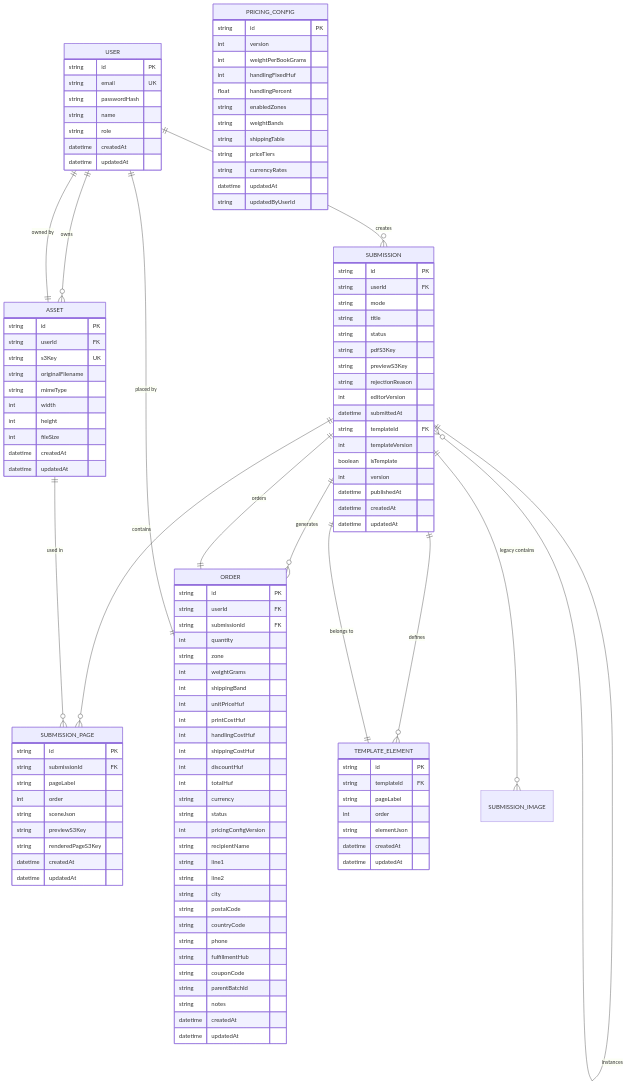
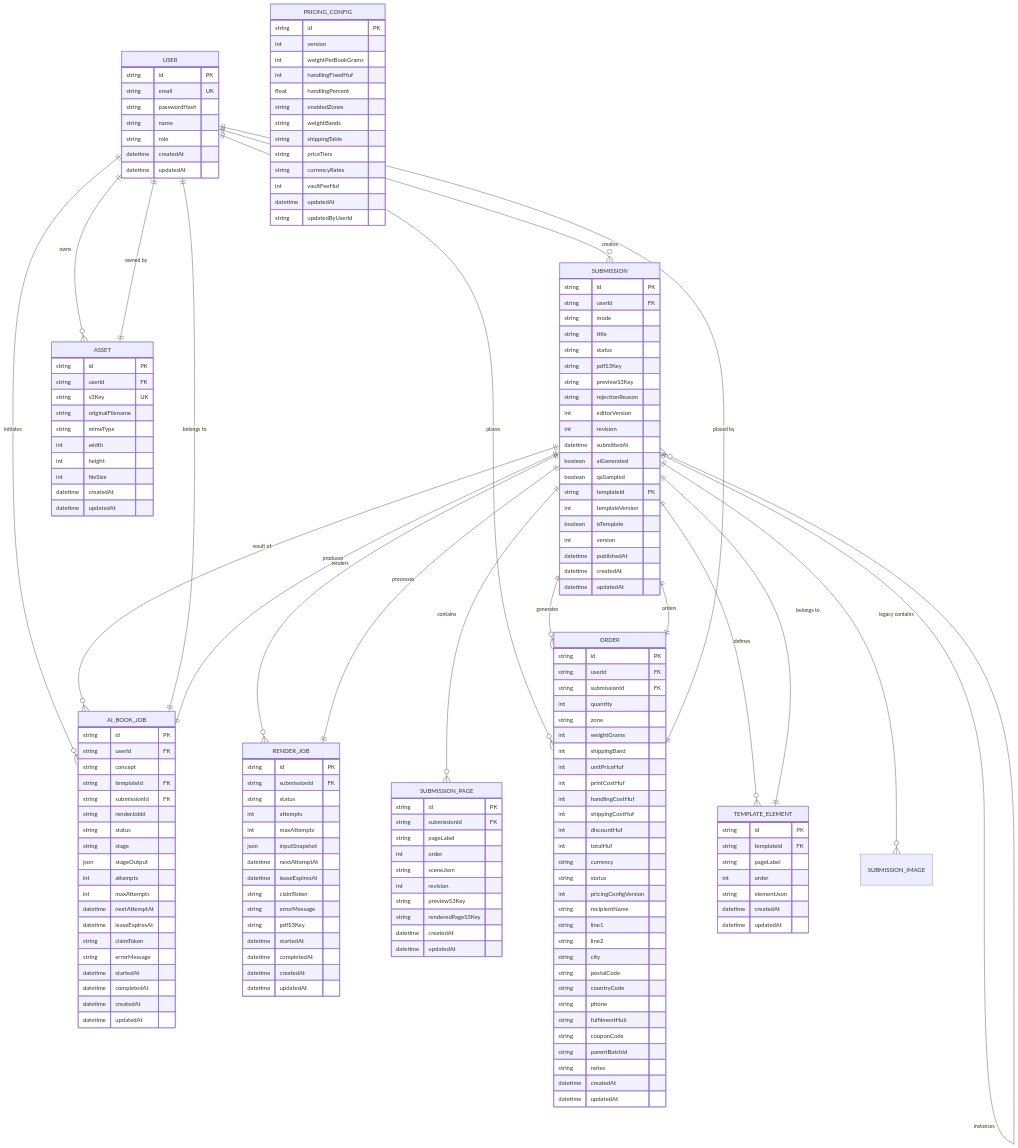
One commit to Crowdspender/titchybooks-app changed the second of 3 diagrams in .qoder/repowiki/en/content/Database Design/Database Design.md. Above: the diagram before and after it, drawn with Mermaid. The commit also changed other lines of this file and 4 other files, not shown here.

First line of the commit message:
docs(repowiki): add AI Book Generation System page and refresh API/admin/database docs

```diff
--- a/.qoder/repowiki/en/content/Database Design/Database Design.md
+++ b/.qoder/repowiki/en/content/Database Design/Database Design.md
@@ -335,12 +221,53 @@
 string previewS3Key
 string rejectionReason
 int editorVersion
+int revision
 datetime submittedAt
+boolean aiGenerated
+boolean qaSampled
 string templateId FK
 int templateVersion
 boolean isTemplate
 int version
 datetime publishedAt
+datetime createdAt
+datetime updatedAt
+}
+AI_BOOK_JOB {
+string id PK
+string userId FK
+string concept
+string templateId FK
+string submissionId FK
+string renderJobId
+string status
+string stage
+json stageOutput
+int attempts
+int maxAttempts
+datetime nextAttemptAt
+datetime leaseExpiresAt
+string claimToken
+string errorMessage
+datetime startedAt
+datetime completedAt
+datetime createdAt
+datetime updatedAt
+}
+RENDER_JOB {
+string id PK
+string submissionId FK
+string status
+int attempts
+int maxAttempts
+json inputSnapshot
+datetime nextAttemptAt
+datetime leaseExpiresAt
+string claimToken
+string errorMessage
+string pdfS3Key
+datetime startedAt
+datetime completedAt
 datetime createdAt
 datetime updatedAt
 }
@@ -350,6 +277,7 @@
 string pageLabel
 int order
 string sceneJson
+int revision
 string previewS3Key
 string renderedPageS3Key
 datetime createdAt
@@ -391,7 +319,7 @@
 string postalCode
 string countryCode
 string phone
-string fulfillmentHub
+string fulfilmentHub
 string couponCode
 string parentBatchId
 string notes
@@ -418,18 +346,25 @@
 string shippingTable
 string priceTiers
 string currencyRates
+int vaultFeeHuf
 datetime updatedAt
 string updatedByUserId
 }
 USER ||--o{ SUBMISSION : "creates"
 USER ||--o{ ASSET : "owns"
+USER ||--o{ ORDER : "places"
+USER ||--o{ AI_BOOK_JOB : "initiates"
 SUBMISSION ||--o{ SUBMISSION_PAGE : "contains"
 SUBMISSION ||--o{ SUBMISSION_IMAGE : "legacy contains"
 SUBMISSION ||--o{ ORDER : "generates"
+SUBMISSION ||--o{ RENDER_JOB : "renders"
+SUBMISSION ||--o{ AI_BOOK_JOB : "result of"
 SUBMISSION ||--o{ TEMPLATE_ELEMENT : "defines"
 SUBMISSION ||--o{ SUBMISSION : "instances"
+AI_BOOK_JOB ||--|| USER : "belongs to"
+AI_BOOK_JOB ||--|| SUBMISSION : "produces"
+RENDER_JOB ||--|| SUBMISSION : "processes"
 ASSET ||--|| USER : "owned by"
-ASSET ||--o{ SUBMISSION_PAGE : "used in"
 ORDER ||--|| SUBMISSION : "orders"
 ORDER ||--|| USER : "placed by"
 TEMPLATE_ELEMENT ||--|| SUBMISSION : "belongs to"
```
